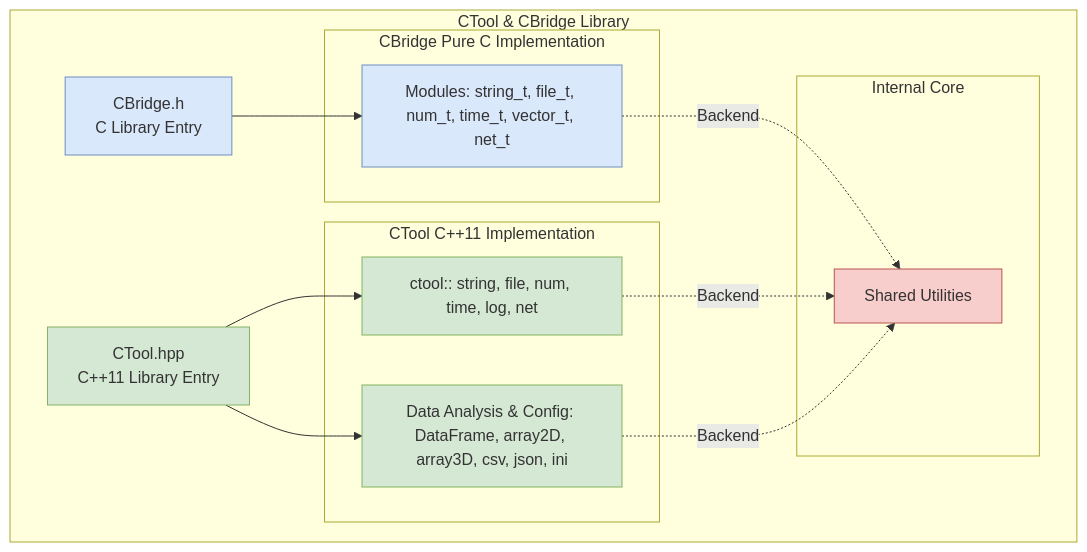
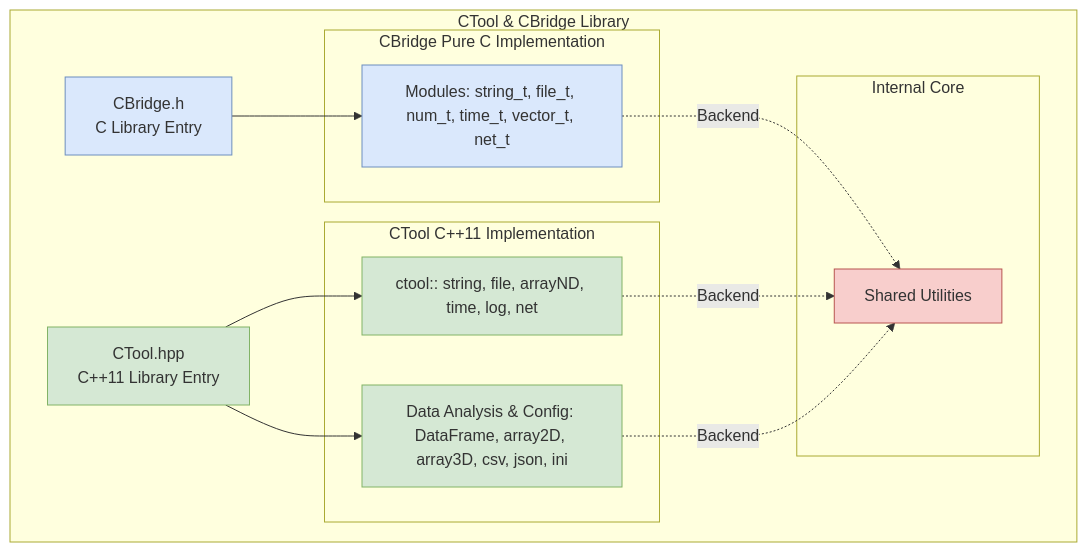
One commit to falbany/CTool changed the diagram in README.md. Above: the diagram before and after it, drawn with Mermaid. The commit also changed 4 other files, not shown here.

First line of the commit message:
refactor: rename `num` to `arrayND` and refactor cross-platform file handling

````diff
--- a/README.md
+++ b/README.md
@@ -19,35 +19,35 @@
 ```mermaid
 graph TB
     subgraph CTool_CBridge[CTool & CBridge Library]
         CTool_hpp[CTool.hpp<br/>C++11 Library Entry]
         CBridge_h[CBridge.h<br/>C Library Entry]
 
         subgraph CTool_CPP[CTool C++11 Implementation]
-            ctool_tools[ctool:: string, file, num, time, log, net]
+            ctool_tools[ctool:: string, file, arrayND, time, log, net]
             ctool_data[Data Analysis & Config: DataFrame, array2D, array3D, csv, json, ini]
         end
 
         subgraph CBridge_C[CBridge Pure C Implementation]
             cbridge_tools[Modules: string_t, file_t, num_t, time_t, vector_t, net_t]
         end
 
         subgraph Internal[Internal Core]
             internal[Shared Utilities]
         end
 
         CTool_hpp --> ctool_tools
         CTool_hpp --> ctool_data
         CBridge_h --> cbridge_tools
 
         cbridge_tools -. Backend .-> internal
         ctool_tools -. Backend .-> internal
         ctool_data -. Backend .-> internal
 
         style CTool_hpp fill:#d5e8d4,stroke:#82b366
         style CBridge_h fill:#dae8fc,stroke:#6c8ebf
         style cbridge_tools fill:#dae8fc,stroke:#6c8ebf
         style ctool_tools fill:#d5e8d4,stroke:#82b366
         style ctool_data fill:#d5e8d4,stroke:#82b366
         style internal fill:#f8cecc,stroke:#b85450
     end
 ```
````
